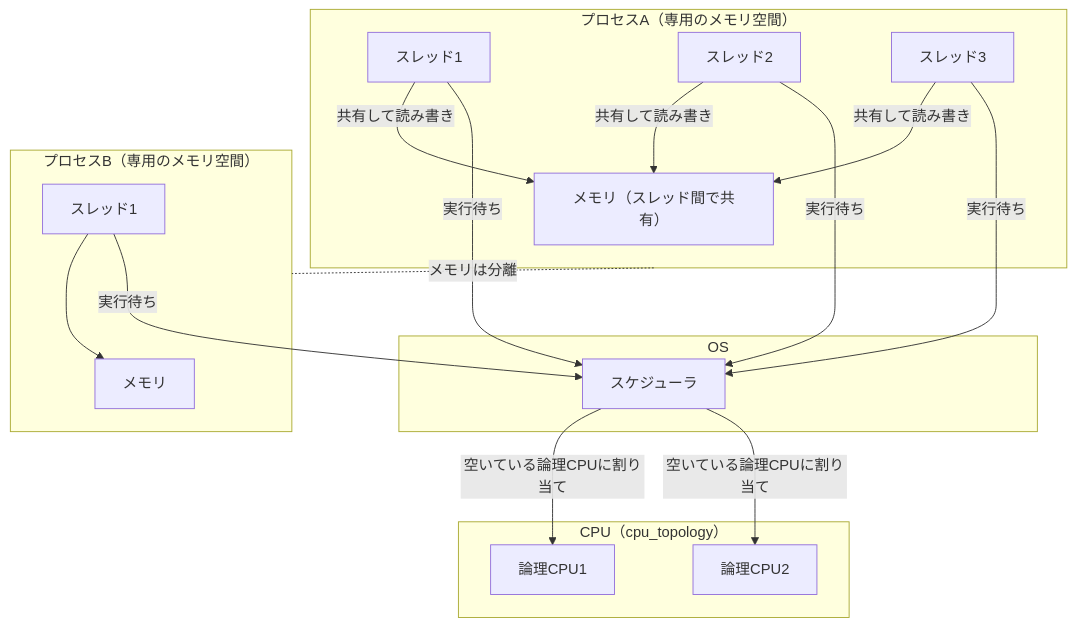
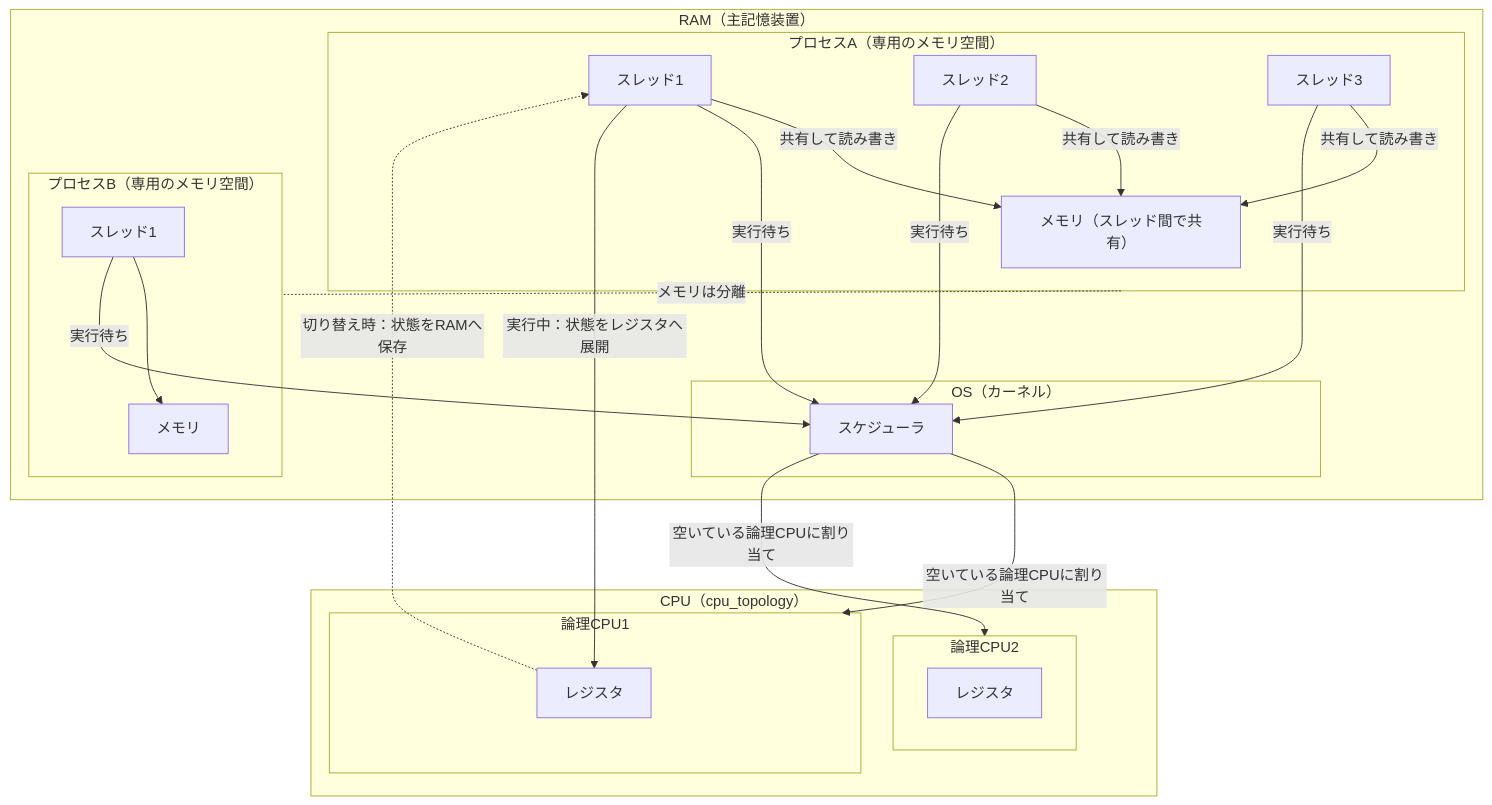
Before and after one commit to Bassiy/share_knowledge: the diagram in concepts/process_thread.md, drawn with Mermaid. The commit also changed other lines of this file, not shown here.

Commit message:
sync: update from info repo

````diff
--- a/concepts/process_thread.md
+++ b/concepts/process_thread.md
@@ -10,25 +10,33 @@
 ```mermaid
 flowchart TD
-    subgraph PA["プロセスA（専用のメモリ空間）"]
-        MA["メモリ（スレッド間で共有）"]
-        A1["スレッド1"]
-        A2["スレッド2"]
-        A3["スレッド3"]
-        A1 & A2 & A3 -- 共有して読み書き --> MA
-    end
-    subgraph PB["プロセスB（専用のメモリ空間）"]
-        MB["メモリ"]
-        B1["スレッド1"]
-        B1 --> MB
-    end
-    subgraph OS["OS"]
-        SCH["スケジューラ"]
+    subgraph RAM["RAM（主記憶装置）"]
+        subgraph PA["プロセスA（専用のメモリ空間）"]
+            MA["メモリ（スレッド間で共有）"]
+            A1["スレッド1"]
+            A2["スレッド2"]
+            A3["スレッド3"]
+            A1 & A2 & A3 -- 共有して読み書き --> MA
+        end
+        subgraph PB["プロセスB（専用のメモリ空間）"]
+            MB["メモリ"]
+            B1["スレッド1"]
+            B1 --> MB
+        end
+        subgraph OS["OS（カーネル）"]
+            SCH["スケジューラ"]
+        end
     end
     subgraph CPU["CPU（cpu_topology）"]
-        L1["論理CPU1"]
-        L2["論理CPU2"]
+        subgraph L1["論理CPU1"]
+            R1["レジスタ"]
+        end
+        subgraph L2["論理CPU2"]
+            R2["レジスタ"]
+        end
     end
     PA -. メモリは分離 .- PB
     A1 & A2 & A3 & B1 -- 実行待ち --> SCH
     SCH -- 空いている論理CPUに割り当て --> L1 & L2
+    A1 -- "実行中：状態をレジスタへ展開" --> R1
+    R1 -. "切り替え時：状態をRAMへ保存" .-> A1
 ```
````
